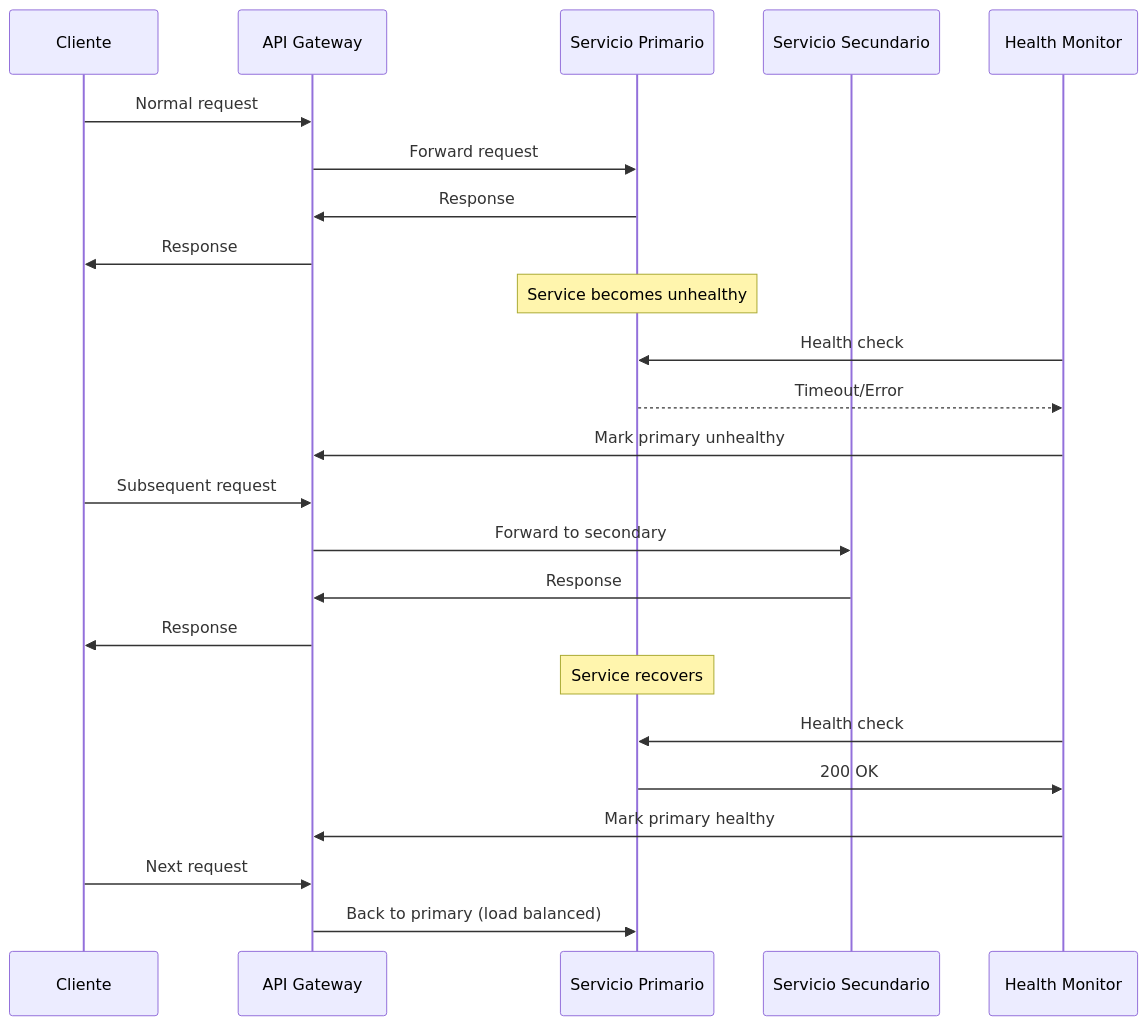
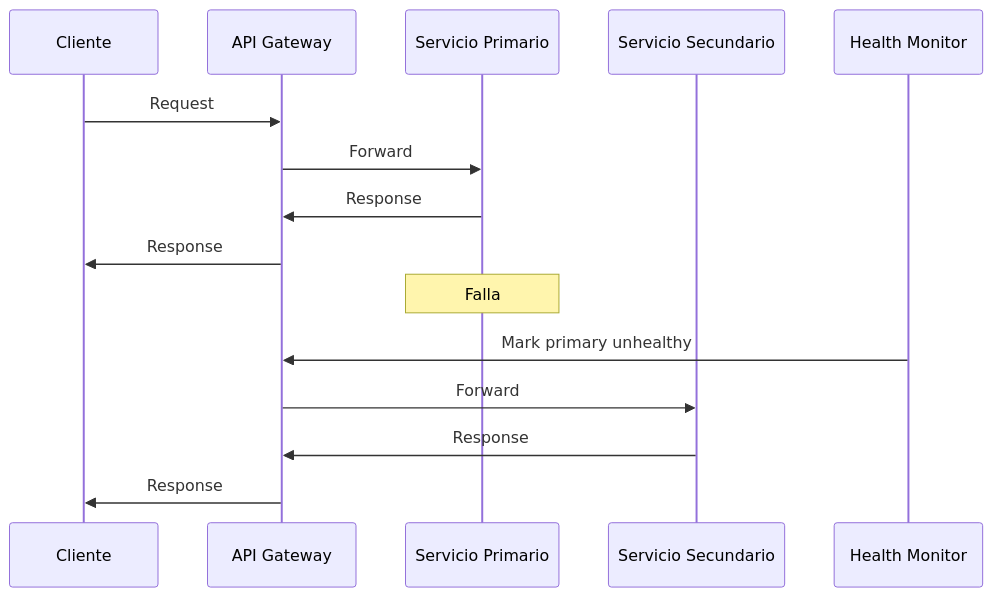
Before and after one commit to jclemente-tlm/tlm-arq-servicios-corporativos: the fourth of 6 diagrams in docs/api-gateway/06-vista-tiempo-ejecucion.md, drawn with Mermaid. The commit also changed other lines of this file and 52 other files, not shown here.

````diff
--- a/docs/api-gateway/06-vista-tiempo-ejecucion.md
+++ b/docs/api-gateway/06-vista-tiempo-ejecucion.md
@@ -155,33 +94,17 @@
 ```mermaid
 sequenceDiagram
     participant Client as Cliente
     participant Gateway as API Gateway
     participant Primary as Servicio Primario
     participant Secondary as Servicio Secundario
     participant Monitor as Health Monitor
-
-    Client->>Gateway: Normal request
-    Gateway->>Primary: Forward request
+    Client->>Gateway: Request
+    Gateway->>Primary: Forward
     Primary->>Gateway: Response
     Gateway->>Client: Response
-
-    Note over Primary: Service becomes unhealthy
-    Monitor->>Primary: Health check
-    Primary-->>Monitor: Timeout/Error
+    Note over Primary: Falla
     Monitor->>Gateway: Mark primary unhealthy
-
-    Client->>Gateway: Subsequent request
-    Gateway->>Secondary: Forward to secondary
+    Gateway->>Secondary: Forward
     Secondary->>Gateway: Response
     Gateway->>Client: Response
-
-    Note over Primary: Service recovers
-    Monitor->>Primary: Health check
-    Primary->>Monitor: 200 OK
-    Monitor->>Gateway: Mark primary healthy
-
-
-    Client->>Gateway: Next request
-    Gateway->>Primary: Back to primary (load balanced)
-
 ```
````
